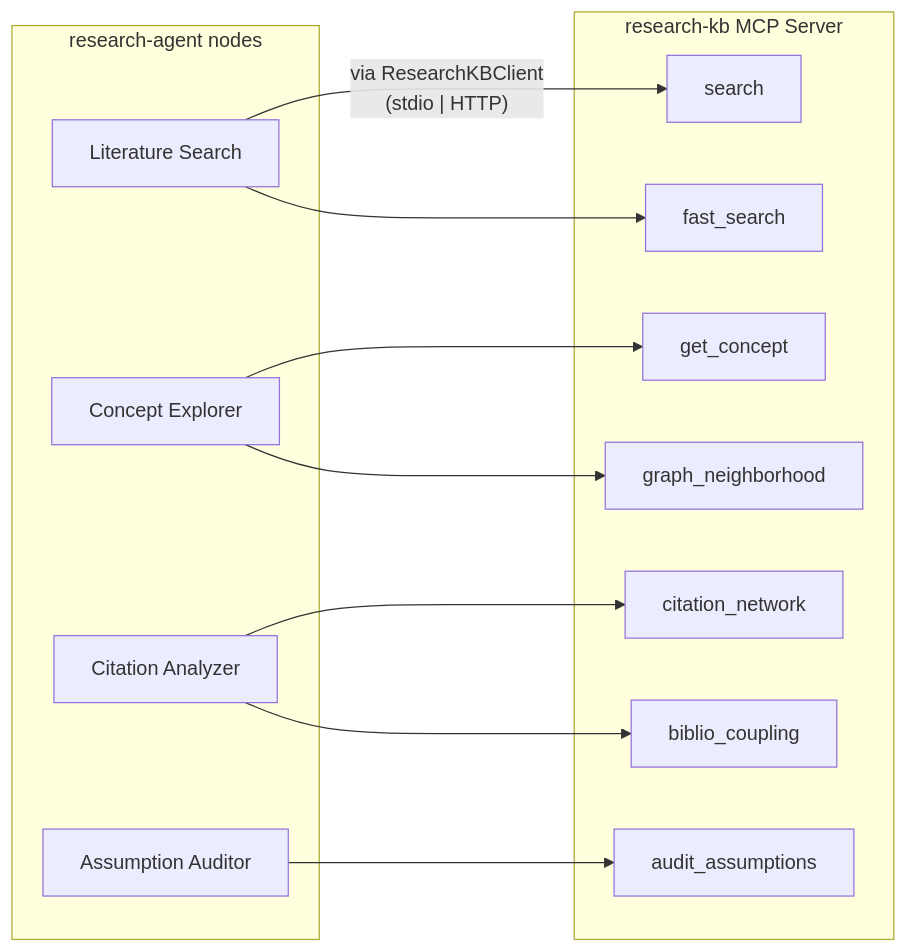
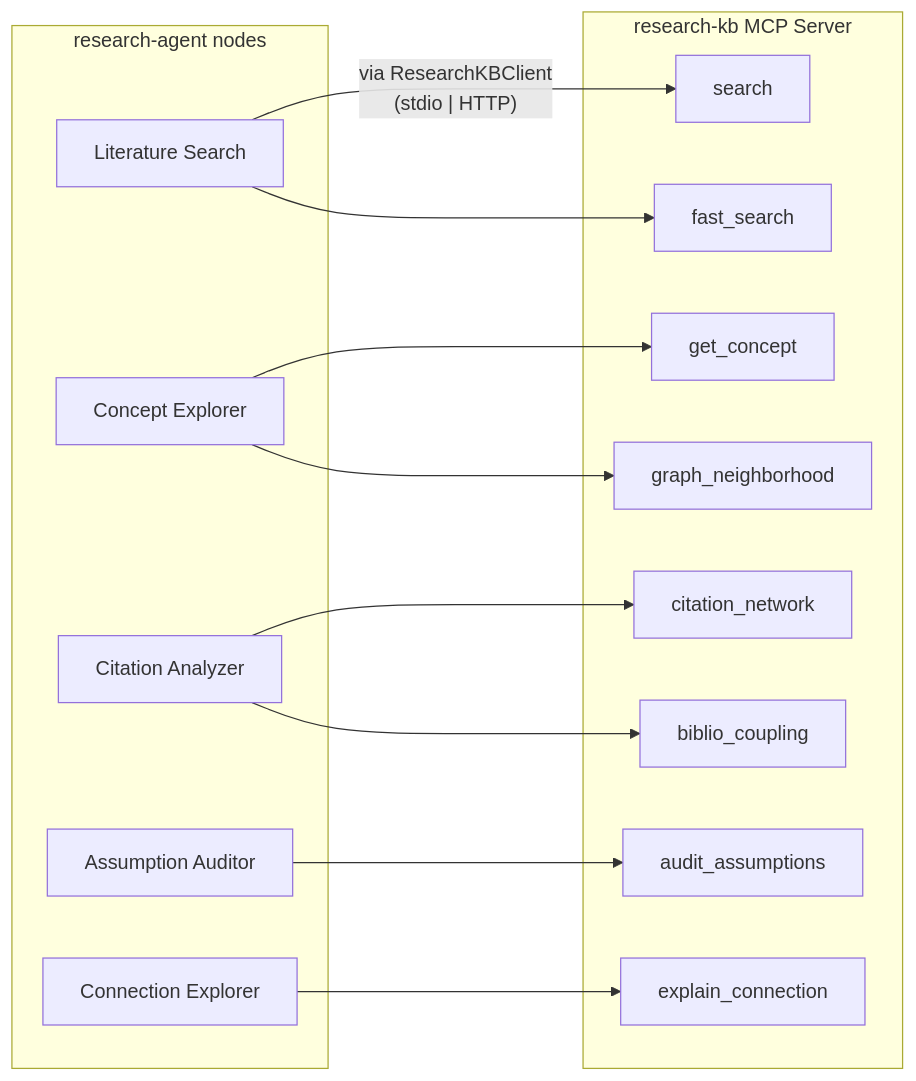
Before and after one commit to brandon-behring/research-agent: the second of 2 diagrams in README.md, drawn with Mermaid. The commit also changed other lines of this file, not shown here.

````diff
--- a/README.md
+++ b/README.md
@@ -42,27 +47,30 @@
 ```mermaid
 flowchart LR
     subgraph Agent["research-agent nodes"]
         LS2["Literature Search"]
         CE2["Concept Explorer"]
         CA2["Citation Analyzer"]
         AA2["Assumption Auditor"]
+        CN2["Connection Explorer"]
     end
 
     subgraph KB["research-kb MCP Server"]
         S["search"]
         FS["fast_search"]
         GC["get_concept"]
         GN["graph_neighborhood"]
         CN["citation_network"]
         BC["biblio_coupling"]
         AU["audit_assumptions"]
+        EC["explain_connection"]
     end
 
     LS2 -->|"via ResearchKBClient<br/>(stdio | HTTP)"| S
     LS2 --> FS
     CE2 --> GN
     CE2 --> GC
     CA2 --> CN
     CA2 --> BC
     AA2 --> AU
+    CN2 --> EC
 ```
````
